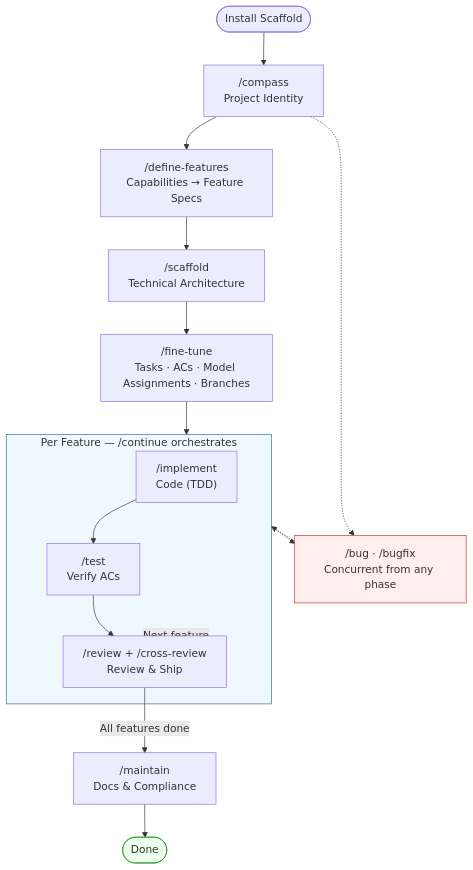
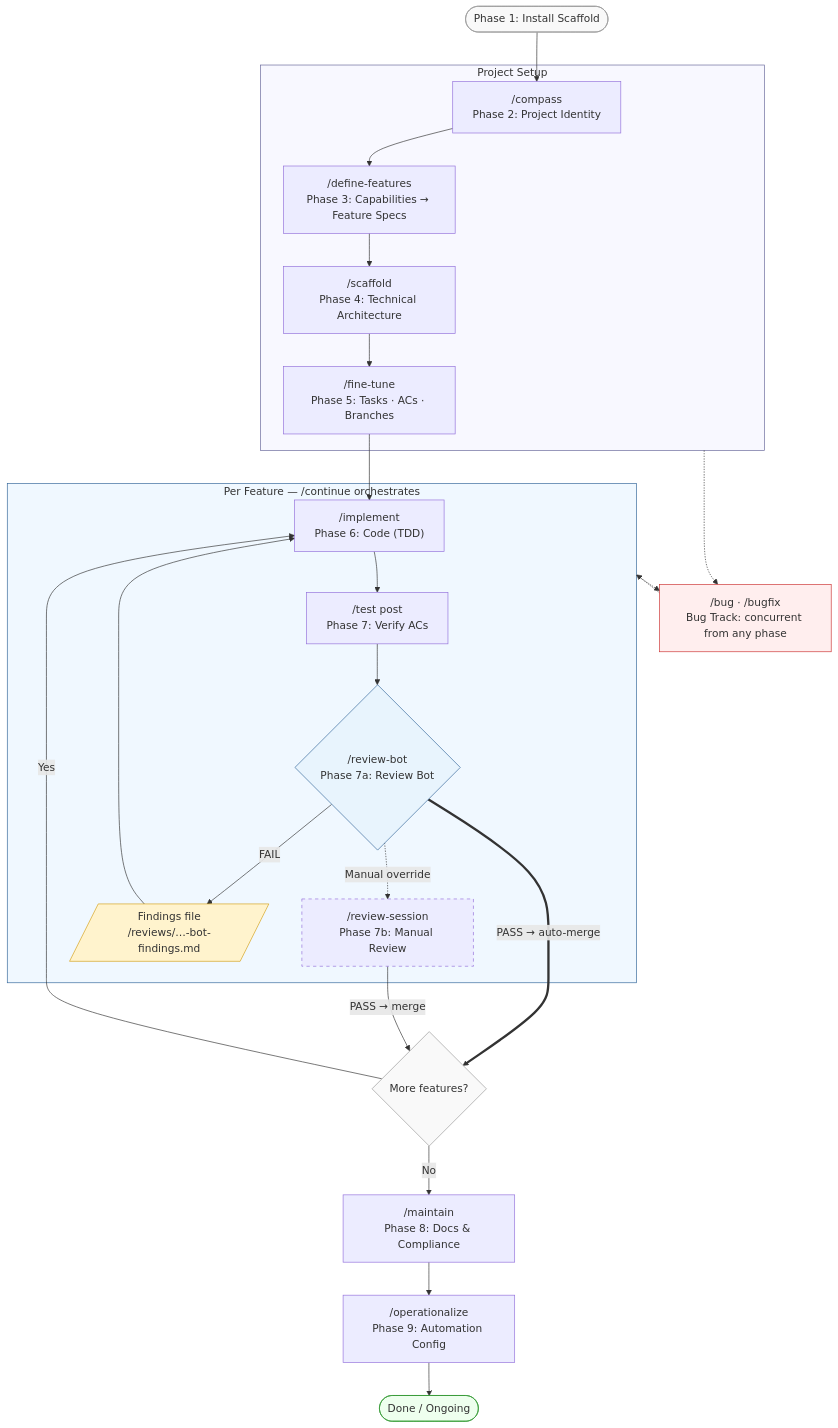
One commit to josiahH-cf/workflow changed the diagram in docs/reference/workflow-diagram.md. Above: the diagram before and after it, drawn with Mermaid. The commit also changed 71 other files, not shown here.

First line of the commit message:
phase-21-pass1: tonal consistency fixes + PR template merge

````diff
--- a/docs/reference/workflow-diagram.md
+++ b/docs/reference/workflow-diagram.md
@@ -3,31 +3,50 @@
 ```mermaid
 flowchart TD
-    START([Install Scaffold]) --> P2
+    START([Phase 1: Install Scaffold]) --> P2
 
-    P2["/compass<br/>Project Identity"]
-    P2 --> P3["/define-features<br/>Capabilities → Feature Specs"]
-    P3 --> P4["/scaffold<br/>Technical Architecture"]
-    P4 --> P5["/fine-tune<br/>Tasks · ACs · Model Assignments · Branches"]
+    subgraph SETUP ["Project Setup"]
+        P2["/compass<br/>Phase 2: Project Identity"]
+        P3["/define-features<br/>Phase 3: Capabilities → Feature Specs"]
+        P4["/scaffold<br/>Phase 4: Technical Architecture"]
+        P5["/fine-tune<br/>Phase 5: Tasks · ACs · Branches"]
+        P2 --> P3 --> P4 --> P5
+    end
 
-    P5 --> LOOP
+    P5 --> P6
 
     subgraph LOOP ["Per Feature — /continue orchestrates"]
-        P6["/implement<br/>Code (TDD)"]
-        P7["/test<br/>Verify ACs"]
-        P7R["/review + /cross-review<br/>Review & Ship"]
-        P6 --> P7 --> P7R
+        P6["/implement<br/>Phase 6: Code (TDD)"]
+        P7["/test post<br/>Phase 7: Verify ACs"]
+        P7A{"/review-bot<br/>Phase 7a: Review Bot"}
+        P7B["/review-session<br/>Phase 7b: Manual Review"]
+
+        P6 --> P7 --> P7A
+        P7A -->|FAIL| FINDINGS[/"Findings file<br/>/reviews/…-bot-findings.md"/]
+        FINDINGS --> P6
+        P7A -.->|"Manual override"| P7B
     end
 
-    P7R -->|Next feature| LOOP
-    P7R -->|All features done| P8["/maintain<br/>Docs & Compliance"]
-    P8 --> DONE([Done])
+    P7A ==>|"PASS → auto-merge"| MORE{More features?}
+    P7B -->|PASS → merge| MORE
+    MORE -->|Yes| P6
+    MORE -->|No| P8
 
-    BUG["/bug · /bugfix<br/>Concurrent from any phase"]
-    P2 -.-> BUG
+    P8["/maintain<br/>Phase 8: Docs & Compliance"]
+    P9["/operationalize<br/>Phase 9: Automation Config"]
+    P8 --> P9 --> DONE([Done / Ongoing])
+
+    BUG["/bug · /bugfix<br/>Bug Track: concurrent from any phase"]
+    SETUP -.-> BUG
     LOOP -.-> BUG
     BUG -.-> LOOP
 
+    style START fill:#f9f9f9,stroke:#999
+    style SETUP fill:#f8f8ff,stroke:#669
+    style LOOP fill:#f0f8ff,stroke:#369
     style BUG fill:#fee,stroke:#c33
-    style LOOP fill:#f0f8ff,stroke:#369
+    style FINDINGS fill:#fff3cd,stroke:#d4a017
+    style P7A fill:#e8f4fd,stroke:#369
+    style P7B stroke-dasharray: 5 5
+    style MORE fill:#f9f9f9,stroke:#999
     style DONE fill:#efe,stroke:#393
 ```
````
